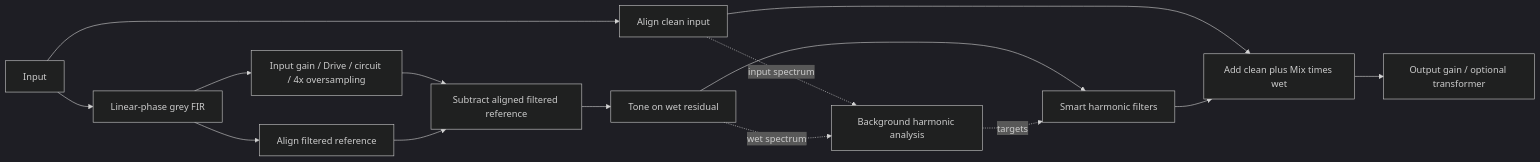
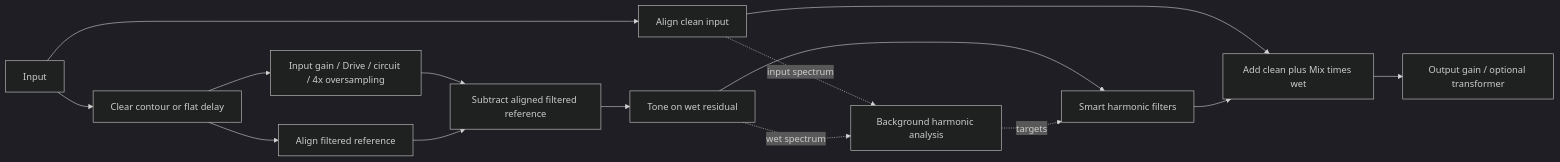
Before and after one commit to javelinmaxx/JUCE: the diagram in projects/ZaoDrive/SMART.md, drawn with Mermaid (dark theme). The commit also changed other lines of this file and 22 other files, not shown here.

Commit message:
Add Clear contour switch and lower its response to a zero dB ceiling

````diff
--- a/projects/ZaoDrive/SMART.md
+++ b/projects/ZaoDrive/SMART.md
@@ -7,17 +7,17 @@
 ```mermaid
 flowchart LR
     I[Input] --> D[Align clean input]
-    I --> F[Linear-phase grey FIR]
+    I --> F[Clear contour or flat delay]
     F --> G[Input gain / Drive / circuit / 4x oversampling]
     G --> S[Subtract aligned filtered reference]
     F --> R[Align filtered reference]
     R --> S
     S --> T[Tone on wet residual]
     T --> H[Smart harmonic filters]
     D --> A[Add clean plus Mix times wet]
     H --> A
     A --> O[Output gain / optional transformer]
     D -. input spectrum .-> W[Background harmonic analysis]
     T -. wet spectrum .-> W
     W -. targets .-> H
 ```
````
